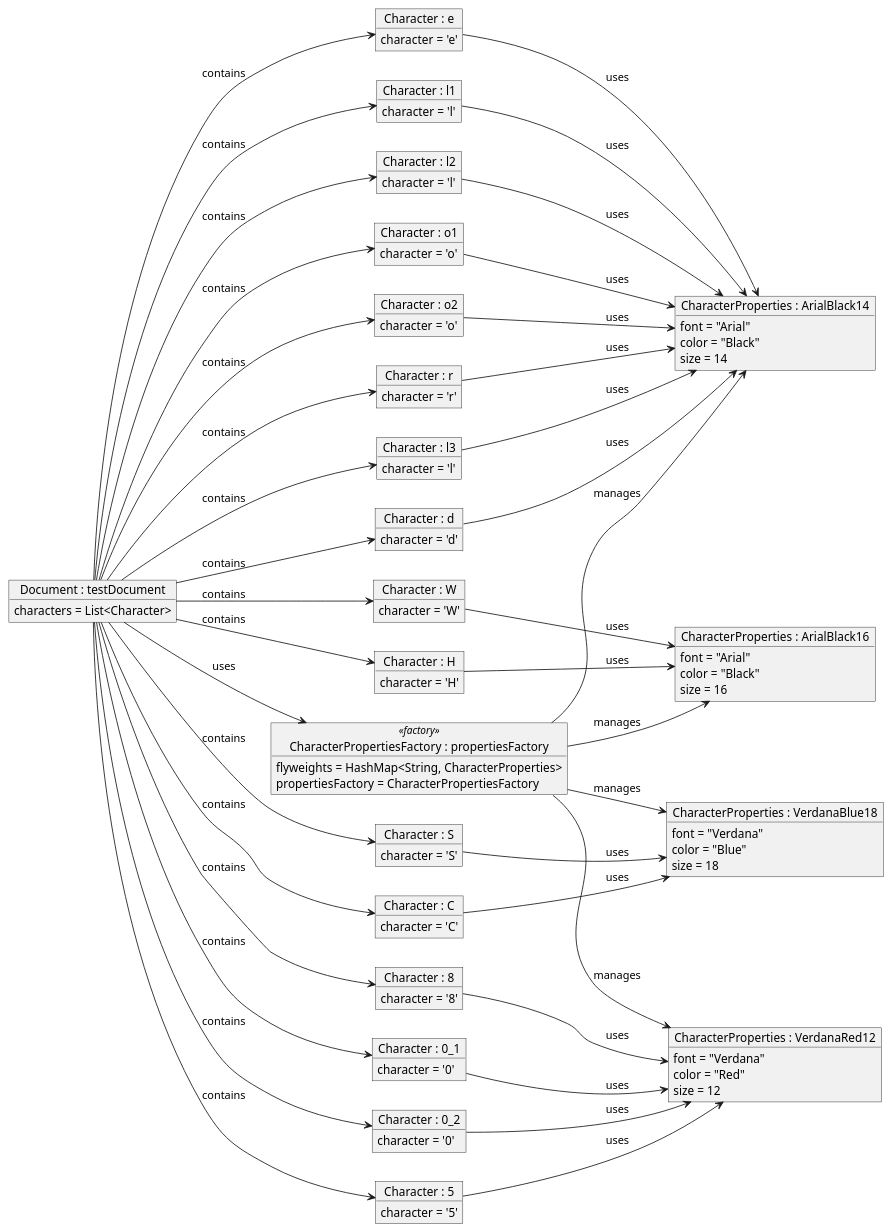
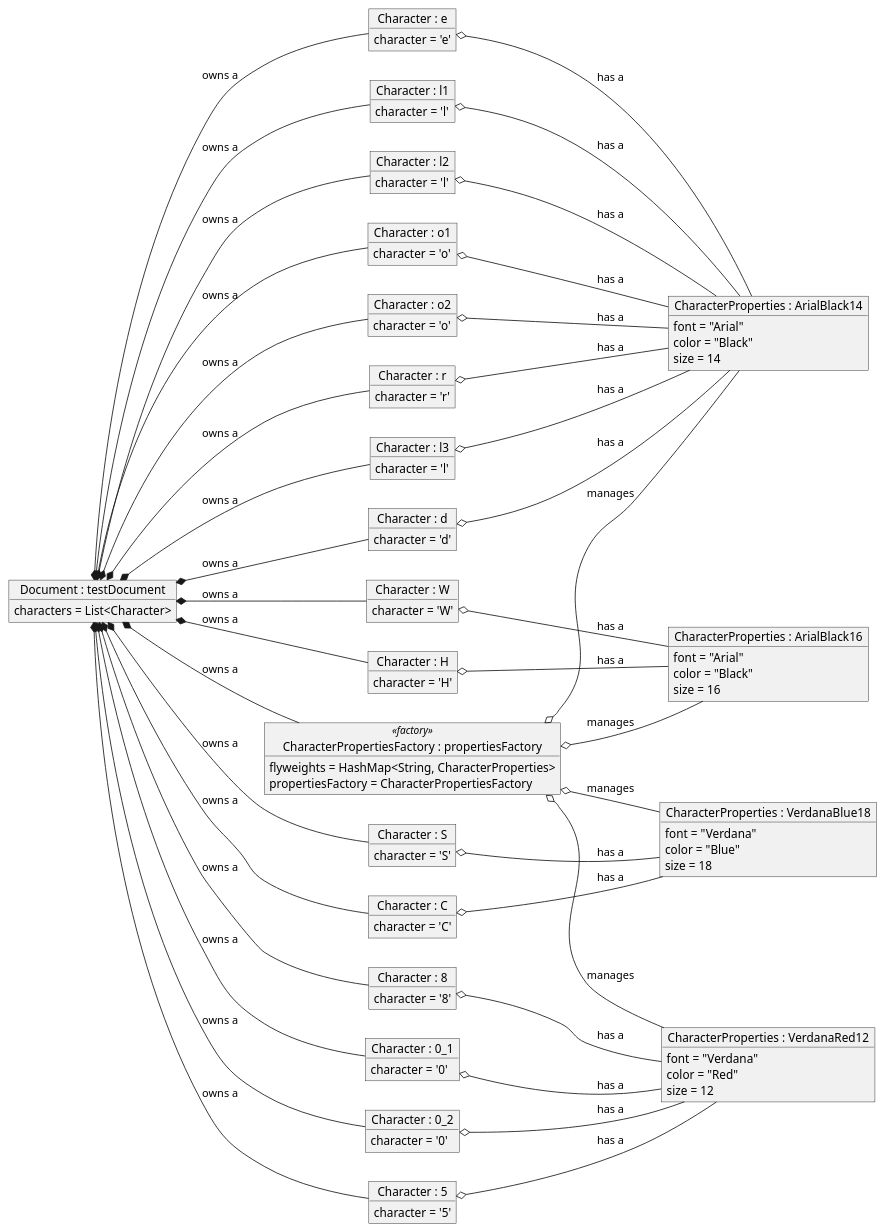
Before and after one commit to chile20/CS4800: the diagram in Assignment8/Part2:Quiz2/ObjDiagram_Before.puml, drawn with PlantUML. The commit also changed 2 other files, not shown here.

```diff
--- a/Assignment8/Part2:Quiz2/ObjDiagram_Before.puml
+++ b/Assignment8/Part2:Quiz2/ObjDiagram_Before.puml
@@ -1,132 +1,133 @@
 @startuml
 ' Layout Direction
 left to right direction
 
 ' Define Objects
 object "Document : testDocument" as doc {
   characters = List<Character>
 }
 
 object "CharacterPropertiesFactory : propertiesFactory" as cpf <<factory>> {
   flyweights = HashMap<String, CharacterProperties>
   propertiesFactory = CharacterPropertiesFactory
 }
 
 ' Characters Properties Instances
 object "CharacterProperties : ArialBlack14" as CP1 {
   font = "Arial"
   color = "Black"
   size = 14
 }
 object "CharacterProperties : ArialBlack16" as CP2 {
   font = "Arial"
   color = "Black"
   size = 16
 }
 object "CharacterProperties : VerdanaBlue18" as CP3 {
   font = "Verdana"
   color = "Blue"
   size = 18
 }
 object "CharacterProperties : VerdanaRed12" as CP4 {
   font = "Verdana"
   color = "Red"
   size = 12
 }
 
 ' Define Characters
 object "Character : H" as Ch1 {
   character = 'H'
 }
 object "Character : e" as Ch2 {
   character = 'e'
 }
 object "Character : l1" as Ch3 {
   character = 'l'
 }
 object "Character : l2" as Ch4 {
   character = 'l'
 }
 object "Character : o1" as Ch5 {
   character = 'o'
 }
 object "Character : W" as Ch6 {
   character = 'W'
 }
 object "Character : o2" as Ch7 {
   character = 'o'
 }
 object "Character : r" as Ch8 {
   character = 'r'
 }
 object "Character : l3" as Ch9 {
   character = 'l'
 }
 object "Character : d" as Ch10 {
   character = 'd'
 }
 object "Character : C" as Ch11 {
   character = 'C'
 }
 object "Character : S" as Ch12 {
   character = 'S'
 }
 object "Character : 5" as Ch13 {
   character = '5'
 }
 object "Character : 8" as Ch14 {
   character = '8'
 }
 object "Character : 0_1" as Ch15 {
   character = '0'
 }
 object "Character : 0_2" as Ch16 {
   character = '0'
 }
 
-' Define Relationships
-doc --> cpf : "uses"
+' Add space for readability
 cpf -[hidden]-> CP1
 cpf -[hidden]-> CP2
 cpf -[hidden]-> CP3
 cpf -[hidden]-> CP4
-doc --> Ch1 : "contains"
-doc --> Ch2 : "contains"
-doc --> Ch3 : "contains"
-doc --> Ch4 : "contains"
-doc --> Ch5 : "contains"
-doc --> Ch6 : "contains"
-doc --> Ch7 : "contains"
-doc --> Ch8 : "contains"
-doc --> Ch9 : "contains"
-doc --> Ch10 : "contains"
-doc --> Ch11 : "contains"
-doc --> Ch12 : "contains"
-doc --> Ch13 : "contains"
-doc --> Ch14 : "contains"
-doc --> Ch15 : "contains"
-doc --> Ch16 : "contains"
+' Define Relationships
+doc *-- cpf : "owns a"
+doc *-- Ch1 : "owns a"
+doc *-- Ch2 : "owns a"
+doc *-- Ch3 : "owns a"
+doc *-- Ch4 : "owns a"
+doc *-- Ch5 : "owns a"
+doc *-- Ch6 : "owns a"
+doc *-- Ch7 : "owns a"
+doc *-- Ch8 : "owns a"
+doc *-- Ch9 : "owns a"
+doc *-- Ch10 : "owns a"
+doc *-- Ch11 : "owns a"
+doc *-- Ch12 : "owns a"
+doc *-- Ch13 : "owns a"
+doc *-- Ch14 : "owns a"
+doc *-- Ch15 : "owns a"
+doc *-- Ch16 : "owns a"
 
-cpf --> CP1 : "manages"
-cpf --> CP2 : "manages"
-cpf --> CP3 : "manages"
-cpf --> CP4 : "manages"
+cpf o-- CP1 : "manages"
+cpf o-- CP2 : "manages"
+cpf o-- CP3 : "manages"
+cpf o-- CP4 : "manages"
 
-Ch1 --> CP2 : "uses"
-Ch2 --> CP1 : "uses"
-Ch3 --> CP1 : "uses"
-Ch4 --> CP1 : "uses"
-Ch5 --> CP1 : "uses"
-Ch6 --> CP2 : "uses"
-Ch7 --> CP1 : "uses"
-Ch8 --> CP1 : "uses"
-Ch9 --> CP1 : "uses"
-Ch10 --> CP1 : "uses"
-Ch11 --> CP3 : "uses"
-Ch12 --> CP3 : "uses"
-Ch13 --> CP4 : "uses"
-Ch14 --> CP4 : "uses"
-Ch15 --> CP4 : "uses"
-Ch16 --> CP4 : "uses"
+Ch1 o-- CP2 : "has a"
+Ch2 o-- CP1 : "has a"
+Ch3 o-- CP1 : "has a"
+Ch4 o-- CP1 : "has a"
+Ch5 o-- CP1 : "has a"
+Ch6 o-- CP2 : "has a"
+Ch7 o-- CP1 : "has a"
+Ch8 o-- CP1 : "has a"
+Ch9 o-- CP1 : "has a"
+Ch10 o-- CP1 : "has a"
+Ch11 o-- CP3 : "has a"
+Ch12 o-- CP3 : "has a"
+Ch13 o-- CP4 : "has a"
+Ch14 o-- CP4 : "has a"
+Ch15 o-- CP4 : "has a"
+Ch16 o-- CP4 : "has a"
 
 @enduml
```
